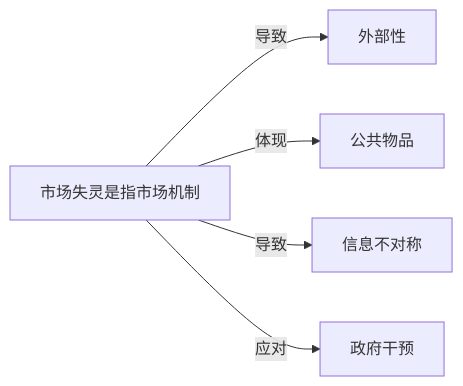
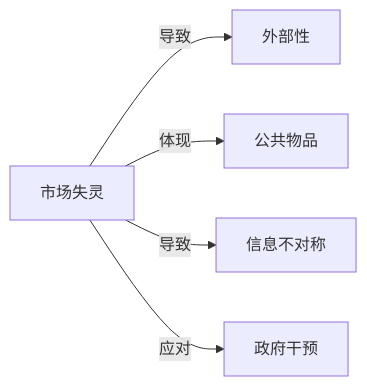
Before and after one commit to KIMMCHOW/MyKnowledge: the diagram in Knowledge/Concepts/经济/市场失灵.md, drawn with Mermaid. The commit also changed 96 other files, not shown here.

Commit message:
fix: 修复概念页关系图节点并补齐缺失关联

````diff
--- a/Knowledge/Concepts/经济/市场失灵.md
+++ b/Knowledge/Concepts/经济/市场失灵.md
@@ -46,7 +46,7 @@
 ```mermaid
 graph LR
-    市场失灵是指市场机制 -->|导致| 外部性
-    市场失灵是指市场机制 -->|体现| 公共物品
-    市场失灵是指市场机制 -->|导致| 信息不对称
-    市场失灵是指市场机制 -->|应对| 政府干预
+市场失灵 -->|导致| 外部性
+市场失灵 -->|体现| 公共物品
+市场失灵 -->|导致| 信息不对称
+市场失灵 -->|应对| 政府干预
 ```
````
